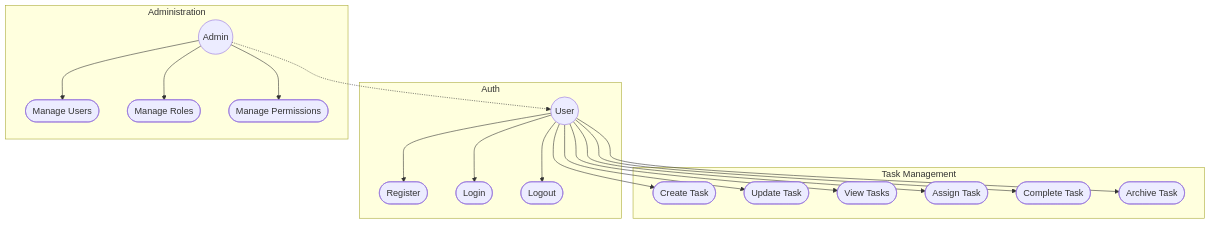
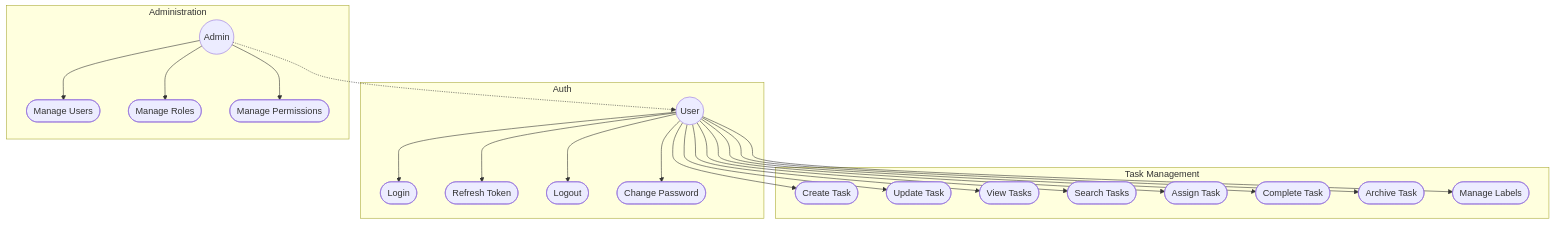
One commit to solipsism413/go-clean-arch-poc changed the second of 4 diagrams in README.md. Above: the diagram before and after it, drawn with Mermaid. The commit also changed other lines of this file and 3 other files, not shown here.

````diff
--- a/README.md
+++ b/README.md
@@ -73,28 +81,31 @@
 ```mermaid
 graph TD
     User((User))
     Admin((Admin))
 
     subgraph Auth
-        User --> Register([Register])
         User --> Login([Login])
+        User --> Refresh([Refresh Token])
         User --> Logout([Logout])
+        User --> ChangePassword([Change Password])
     end
 
     subgraph Task_Management [Task Management]
         User --> CreateTask([Create Task])
         User --> UpdateTask([Update Task])
         User --> ViewTasks([View Tasks])
+        User --> SearchTasks([Search Tasks])
         User --> AssignTask([Assign Task])
         User --> CompleteTask([Complete Task])
         User --> ArchiveTask([Archive Task])
+        User --> ManageLabels([Manage Labels])
     end
 
     subgraph Administration
         Admin --> ManageUsers([Manage Users])
         Admin --> ManageRoles([Manage Roles])
         Admin --> ManagePermissions([Manage Permissions])
     end
 
     Admin -.-> User
 ```
````
